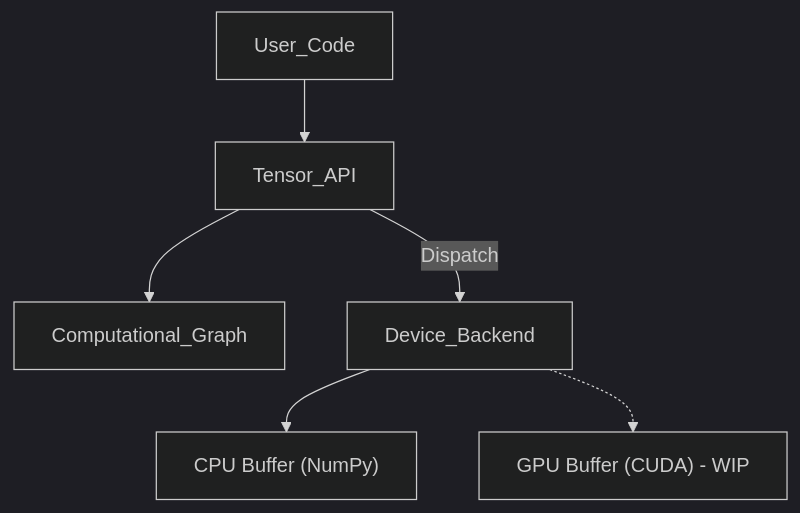
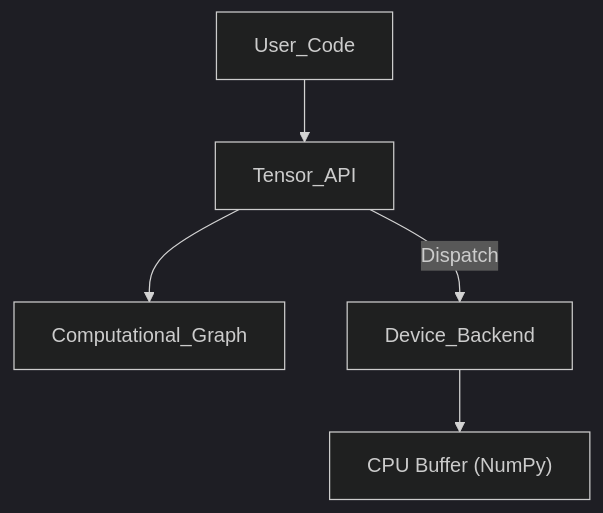
Before and after one commit to empreon/somegrad: the diagram in README.md, drawn with Mermaid (dark theme). The commit also changed other lines of this file, not shown here.

`````diff
--- a/README.md
+++ b/README.md
@@ -11,8 +11,7 @@
 ```mermaid
 graph TD;
     User_Code --> Tensor_API;
     Tensor_API --> Computational_Graph;
     Tensor_API -- Dispatch --> Device_Backend;
     Device_Backend --> CPU_Buffer["CPU Buffer (NumPy)"];
-    Device_Backend -.-> GPU_Buffer["GPU Buffer (CUDA) - WIP"];
 ````
`````
